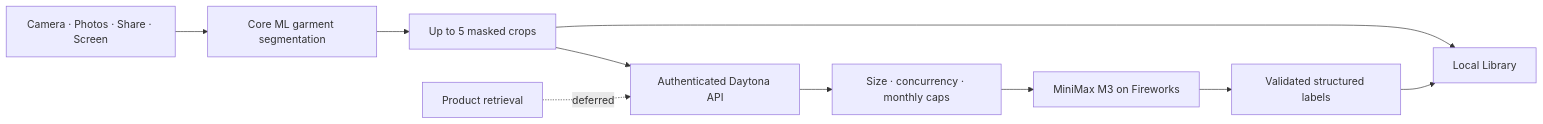
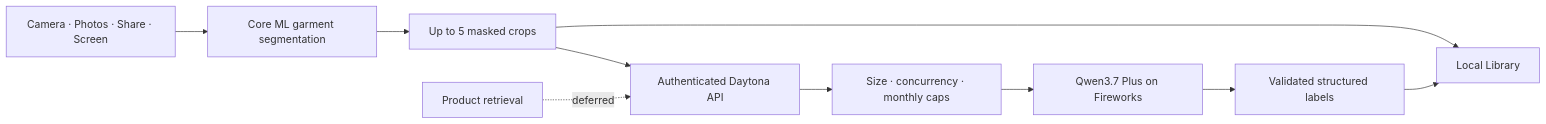
One commit to meowshmalloww/Stylezam changed the diagram in README.md. Above: the diagram before and after it, drawn with Mermaid. The commit also changed other lines of this file and 19 other files, not shown here.

````diff
--- a/README.md
+++ b/README.md
@@ -45,12 +46,12 @@
 ```mermaid
 flowchart LR
     Camera["Camera · Photos · Share · Screen"] --> PhoneModel["Core ML garment segmentation"]
     PhoneModel --> Crops["Up to 5 masked crops"]
     Crops --> Library["Local Library"]
     Crops --> API["Authenticated Daytona API"]
     API --> Limits["Size · concurrency · monthly caps"]
-    Limits --> M3["MiniMax M3 on Fireworks"]
-    M3 --> Labels["Validated structured labels"]
+    Limits --> Qwen["Qwen3.7 Plus on Fireworks"]
+    Qwen --> Labels["Validated structured labels"]
     Labels --> Library
     Search["Product retrieval"] -. "deferred" .-> API
 ```
````
